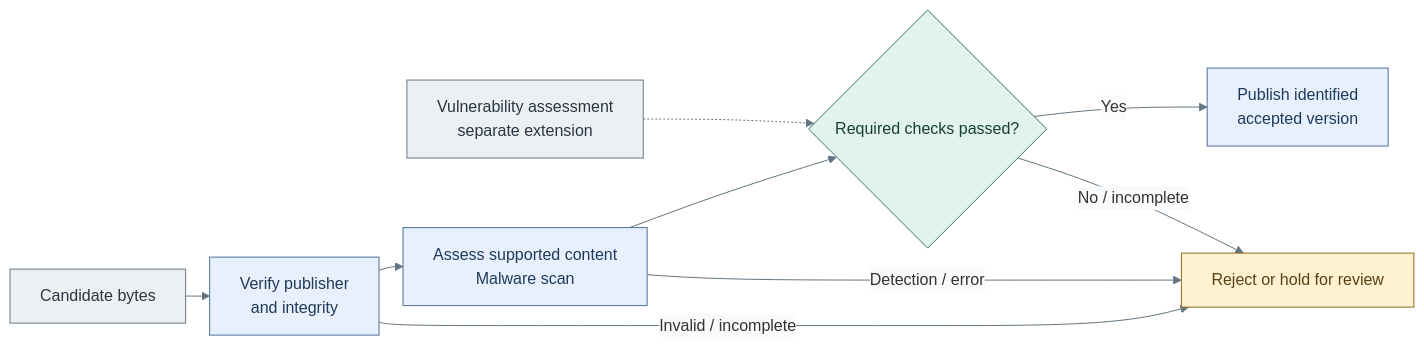
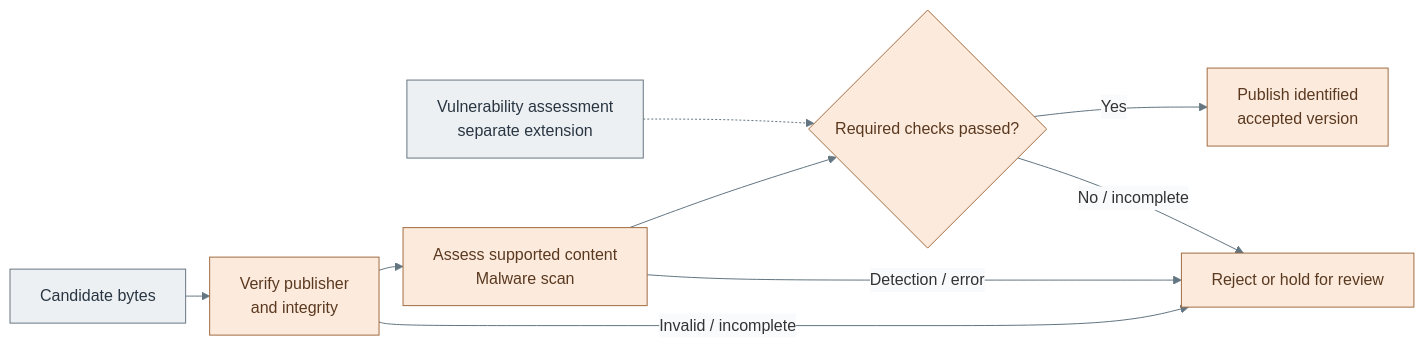
The second of 2 diagrams in docs/01-architecture/07-software-intake/01-verification.md (Rexus/homelab), drawn with Mermaid before and after one commit. The commit also changed other lines of this file and 108 other files, not shown here.

Commit message:
docs(diagrams): unify visual language and opening views

````diff
--- a/docs/01-architecture/07-software-intake/01-verification.md
+++ b/docs/01-architecture/07-software-intake/01-verification.md
@@ -95,21 +109,21 @@
 ```mermaid
 %%{init: {"theme":"base","flowchart":{"nodeSpacing":20,"rankSpacing":24},"themeVariables":{"lineColor":"#627581","edgeLabelBackground":"#f8fafc"}}}%%
 flowchart LR
   Candidate["Candidate bytes"] --> Verify["Verify publisher<br/>and integrity"]
   Verify --> Scan["Assess supported content<br/>Malware scan"]
   Verify -->|Invalid / incomplete| Hold["Reject or hold for review"]
   Scan --> Policy{"Required checks passed?"}
   Scan -->|Detection / error| Hold
   Policy -->|Yes| Publish["Publish identified<br/>accepted version"]
   Policy -->|No / incomplete| Hold
   Extension["Vulnerability assessment<br/>separate extension"] -.-> Policy
   classDef default fill:#f8fafc,stroke:#64748b,color:#1f2937
   classDef actor fill:#edf0f3,stroke:#697682,color:#293642
   classDef services fill:#e7f0fc,stroke:#4d719b,color:#203a5b
   classDef control fill:#e2f3ed,stroke:#397366,color:#173f36
   classDef custody fill:#fff2d1,stroke:#926820,color:#584013
   class Candidate,Extension actor
-  class Verify,Scan,Publish services
-  class Policy control
-  class Hold custody
+  class Scan,Publish,Policy,Hold action
+  classDef action fill:#fcebdc,stroke:#a16c43,color:#5b3921
+  class Verify action
 ```
````
